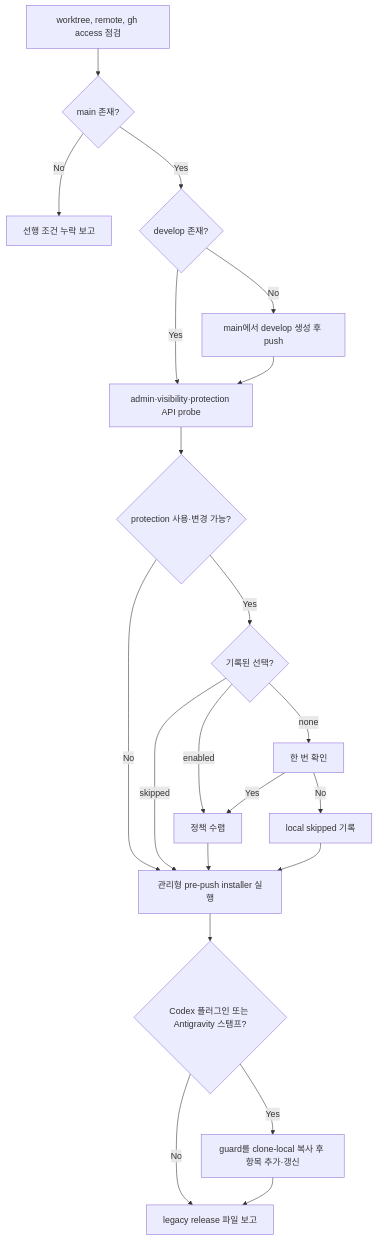
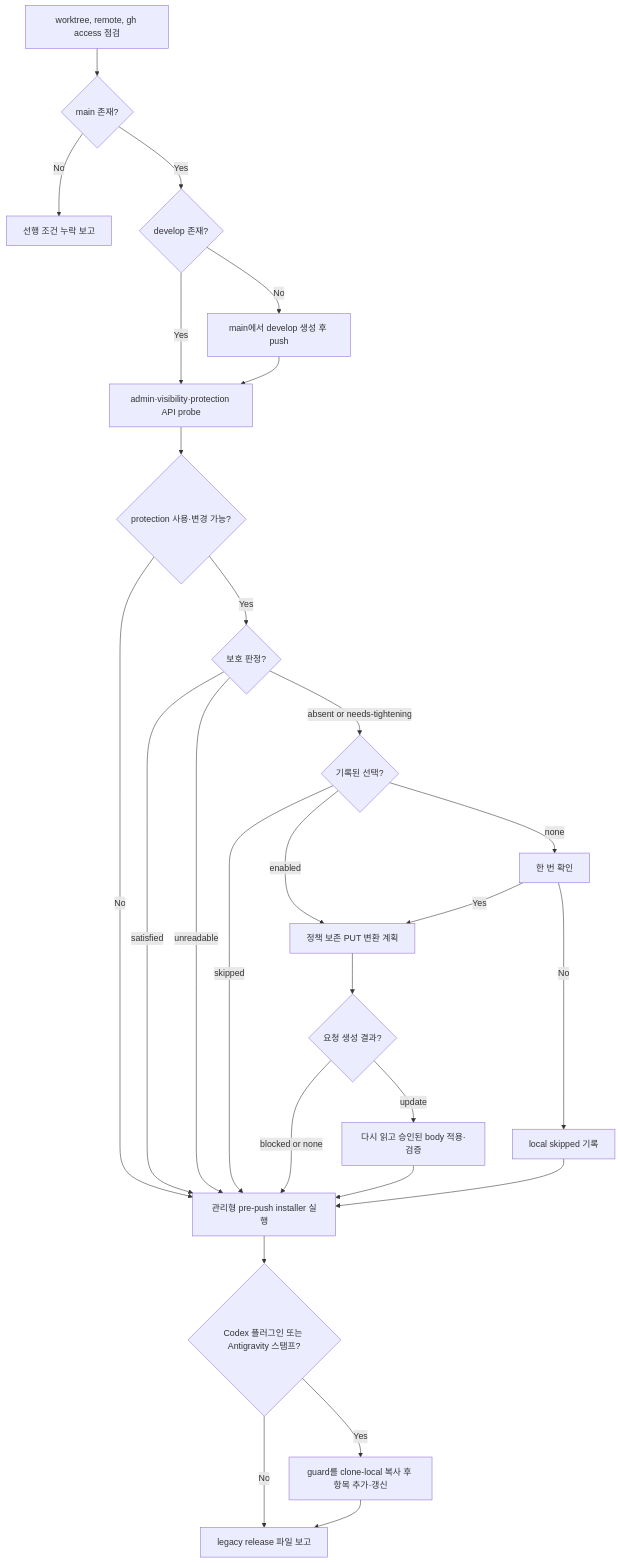
One commit to 0x0w1/jig changed the diagram in docs/ko/skills/github-sync.md. Above: the diagram before and after it, drawn with Mermaid. The commit also changed other lines of this file and 71 other files, not shown here.

````diff
--- a/docs/ko/skills/github-sync.md
+++ b/docs/ko/skills/github-sync.md
@@ -24,23 +24,29 @@
 ```mermaid
 flowchart TD
     Inspect[worktree, remote, gh access 점검] --> Main{main 존재?}
     Main -- No --> Stop[선행 조건 누락 보고]
     Main -- Yes --> Develop{develop 존재?}
     Develop -- No --> Create[main에서 develop 생성 후 push]
     Develop -- Yes --> Probe
     Create --> Probe[admin·visibility·protection API probe]
     Probe --> Available{protection 사용·변경 가능?}
     Available -- No --> Guard[관리형 pre-push installer 실행]
-    Available -- Yes --> Choice{기록된 선택?}
-    Choice -- enabled --> Apply[정책 수렴]
+    Available -- Yes --> Classify{보호 판정?}
+    Classify -- satisfied --> Guard
+    Classify -- unreadable --> Guard
+    Classify -- absent or needs-tightening --> Choice{기록된 선택?}
+    Choice -- enabled --> Apply[정책 보존 PUT 변환 계획]
     Choice -- skipped --> Guard
     Choice -- none --> Ask[한 번 확인]
     Ask -- Yes --> Apply
     Ask -- No --> Record[local skipped 기록]
-    Apply --> Guard
+    Apply --> Plan{요청 생성 결과?}
+    Plan -- update --> Send[다시 읽고 승인된 body 적용·검증]
+    Plan -- blocked or none --> Guard
+    Send --> Guard
     Record --> Guard
     Guard --> Hosts{Codex 플러그인 또는 Antigravity 스탬프?}
     Hosts -- Yes --> Native[guard를 clone-local 복사 후 항목 추가·갱신]
     Hosts -- No --> Legacy
     Native --> Legacy[legacy release 파일 보고]
 ```
````
